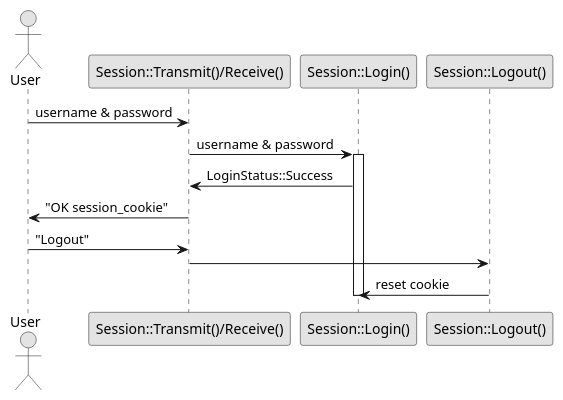
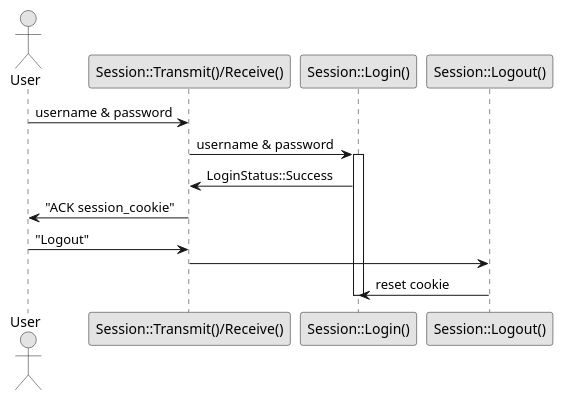
One commit to mihaigalos/osi-stack changed the diagram in graphics/sources/session_handshake.puml. Above: the diagram before and after it, drawn with PlantUML. The commit also changed 2 other files, not shown here.

Commit message:
Update plantuml

```diff
--- a/graphics/sources/session_handshake.puml
+++ b/graphics/sources/session_handshake.puml
@@ -1,16 +1,16 @@
 @startuml
 skinparam monochrome true
 
     actor User
     User -> "Session::Transmit()/Receive()" : username & password
 
     "Session::Transmit()/Receive()"-> "Session::Login()" : username & password
     activate "Session::Login()"
     "Session::Login()" -> "Session::Transmit()/Receive()" : LoginStatus::Success
-    "Session::Transmit()/Receive()" -> User : "OK session_cookie"
+    "Session::Transmit()/Receive()" -> User : "ACK session_cookie"
 
     User -> "Session::Transmit()/Receive()" : "Logout"
     "Session::Transmit()/Receive()" -> "Session::Logout()"
     "Session::Logout()" -> "Session::Login()": reset cookie
     deactivate "Session::Login()"
 @enduml
```
